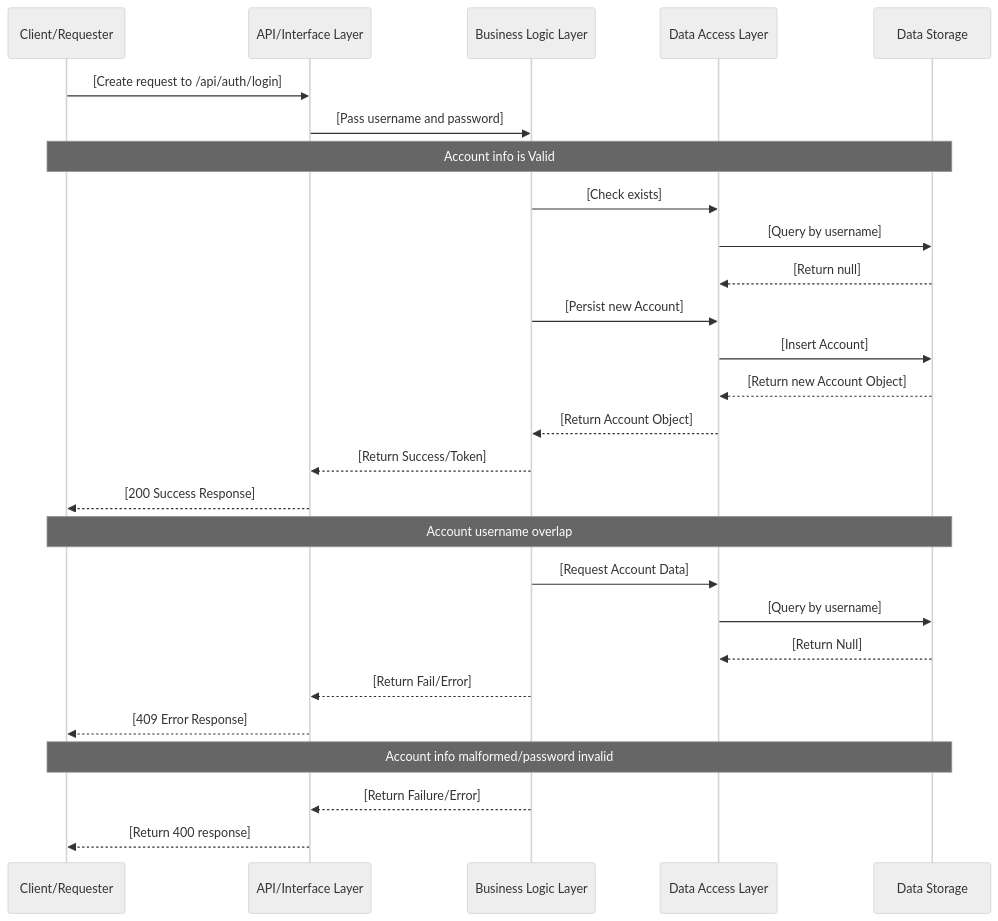
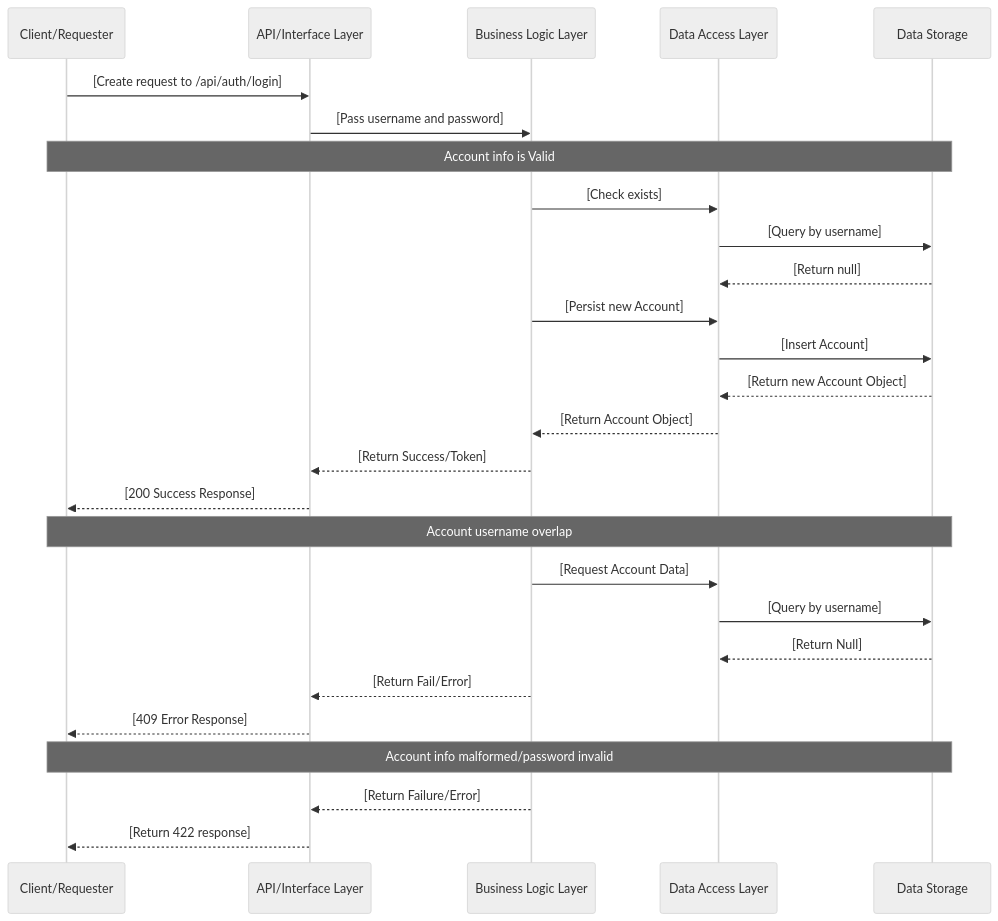
The diagram in Phase_2/POST_auth_register.md (EricTrainingRev/260608-JFS), drawn with Mermaid (neutral theme) before and after one commit.

Commit message:
post_auth_register uses code 422 for invalid data

````diff
--- a/Phase_2/POST_auth_register.md
+++ b/Phase_2/POST_auth_register.md
@@ -1,33 +1,33 @@
 ```mermaid
 sequenceDiagram
     participant Client as Client/Requester
     participant Controller as API/Interface Layer
     participant Service as Business Logic Layer
     participant Repository as Data Access Layer
     participant Data Storage
 
     Client->>Controller: [Create request to /api/auth/login]
     Controller->>Service: [Pass username and password]
 
     Note over Client, Data Storage: Account info is Valid
     Service->>Repository: [Check exists]
     Repository->>Data Storage: [Query by username]
     Data Storage-->>Repository: [Return null]
     Service->>Repository: [Persist new Account]
     Repository->>Data Storage: [Insert Account]
     Data Storage-->>Repository: [Return new Account Object]
     Repository-->>Service: [Return Account Object]
     Service-->>Controller: [Return Success/Token]
     Controller-->>Client: [200 Success Response]
     
     Note over Client, Data Storage: Account username overlap
     Service->>Repository: [Request Account Data]
     Repository->>Data Storage: [Query by username]
     Data Storage-->>Repository: [Return Null]
     Service-->>Controller: [Return Fail/Error]
     Controller-->>Client: [409 Error Response]
 
     Note over Client, Data Storage: Account info malformed/password invalid
     Service-->>Controller: [Return Failure/Error]
-    Controller-->>Client: [Return 400 response]
+    Controller-->>Client: [Return 422 response]
 ```
````
